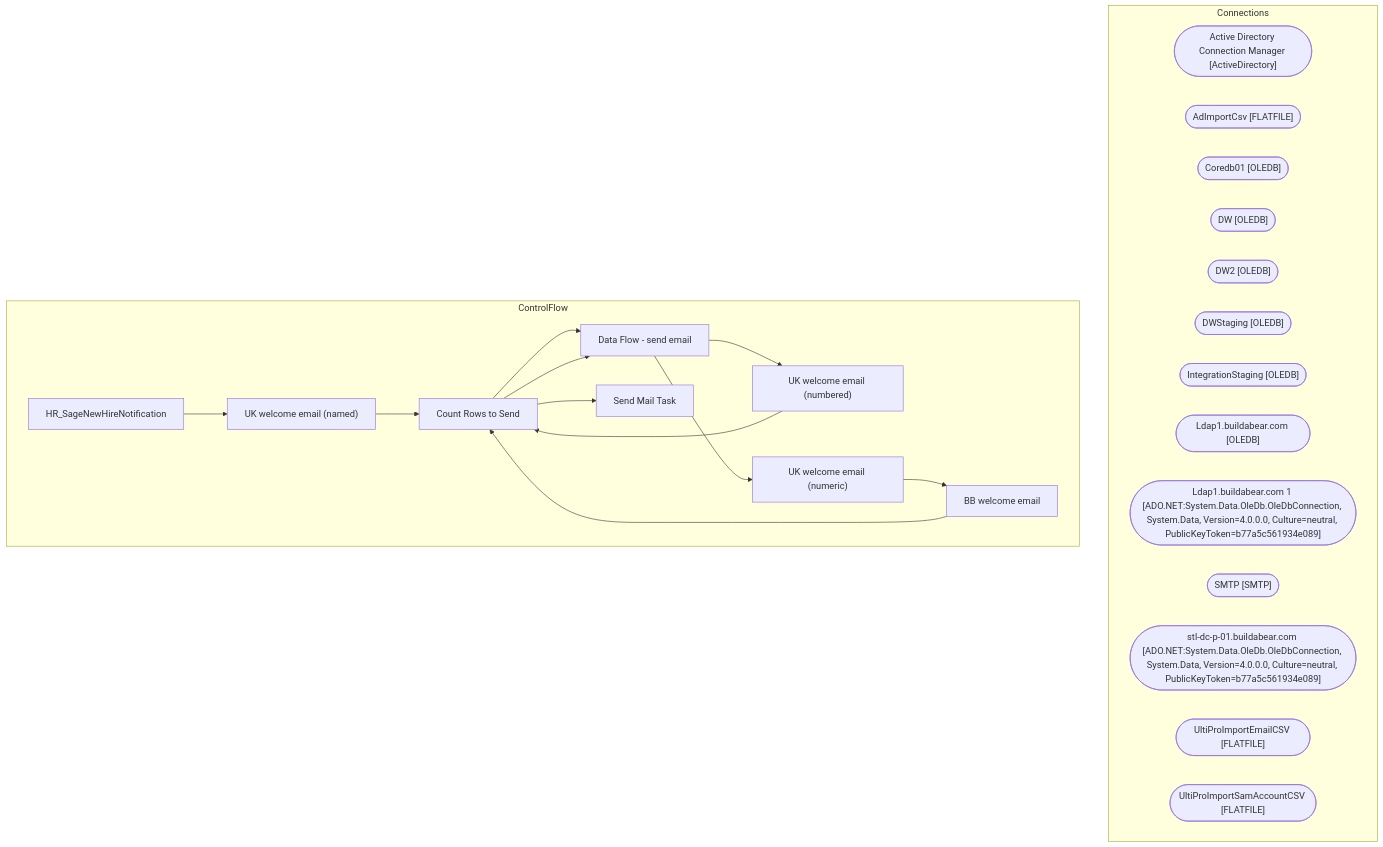
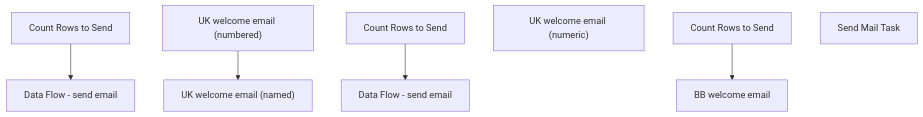
The diagram in bab-docs-explorer/Documentation/STL-SSIS-P-01/SSIS/HR/HR_SageNewHireNotification.HR_SageNewHireNotification.md (juanandresbrain/BABSkills), drawn with Mermaid before and after one commit. The commit also changed other lines of this file and 273 other files, not shown here.

````diff
--- a/bab-docs-explorer/Documentation/STL-SSIS-P-01/SSIS/HR/HR_SageNewHireNotification.HR_SageNewHireNotification.md
+++ b/bab-docs-explorer/Documentation/STL-SSIS-P-01/SSIS/HR/HR_SageNewHireNotification.HR_SageNewHireNotification.md
@@ -9,41 +58,17 @@
 ```mermaid
 flowchart TD
-    subgraph Connections
-        Active_Directory_Connection_Manager_conn(["Active Directory Connection Manager [ActiveDirectory]"])
-        AdImportCsv_conn(["AdImportCsv [FLATFILE]"])
-        Coredb01_conn(["Coredb01 [OLEDB]"])
-        DW_conn(["DW [OLEDB]"])
-        DW2_conn(["DW2 [OLEDB]"])
-        DWStaging_conn(["DWStaging [OLEDB]"])
-        IntegrationStaging_conn(["IntegrationStaging [OLEDB]"])
-        Ldap1_buildabear_com_conn(["Ldap1.buildabear.com [OLEDB]"])
-        Ldap1_buildabear_com_1_conn(["Ldap1.buildabear.com 1 [ADO.NET:System.Data.OleDb.OleDbConnection, System.Data, Version=4.0.0.0, Culture=neutral, PublicKeyToken=b77a5c561934e089]"])
-        SMTP_conn(["SMTP [SMTP]"])
-        stl_dc_p_01_buildabear_com_conn(["stl-dc-p-01.buildabear.com [ADO.NET:System.Data.OleDb.OleDbConnection, System.Data, Version=4.0.0.0, Culture=neutral, PublicKeyToken=b77a5c561934e089]"])
-        UltiProImportEmailCSV_conn(["UltiProImportEmailCSV [FLATFILE]"])
-        UltiProImportSamAccountCSV_conn(["UltiProImportSamAccountCSV [FLATFILE]"])
-    end
-    subgraph ControlFlow
-        HR_SageNewHireNotification_task["HR_SageNewHireNotification"]
-        UK_welcome_email__named__task["UK welcome email (named)"]
-        HR_SageNewHireNotification_task --> UK_welcome_email__named__task
-        Count_Rows_to_Send_task["Count Rows to Send"]
-        UK_welcome_email__named__task --> Count_Rows_to_Send_task
-        Data_Flow___send_email_task["Data Flow - send email"]
-        Count_Rows_to_Send_task --> Data_Flow___send_email_task
-        UK_welcome_email__numbered__task["UK welcome email (numbered)"]
-        Data_Flow___send_email_task --> UK_welcome_email__numbered__task
-        Count_Rows_to_Send_task["Count Rows to Send"]
-        UK_welcome_email__numbered__task --> Count_Rows_to_Send_task
-        Data_Flow___send_email_task["Data Flow - send email"]
-        Count_Rows_to_Send_task --> Data_Flow___send_email_task
-        UK_welcome_email__numeric__task["UK welcome email (numeric)"]
-        Data_Flow___send_email_task --> UK_welcome_email__numeric__task
-        BB_welcome_email_task["BB welcome email"]
-        UK_welcome_email__numeric__task --> BB_welcome_email_task
-        Count_Rows_to_Send_task["Count Rows to Send"]
-        BB_welcome_email_task --> Count_Rows_to_Send_task
-        Send_Mail_Task_task["Send Mail Task"]
-        Count_Rows_to_Send_task --> Send_Mail_Task_task
-    end
+    n_Package_UK_welcome_email__named_["UK welcome email (named)"]
+    n_Package_UK_welcome_email__named__Count_Rows_to_Send["Count Rows to Send"]
+    n_Package_UK_welcome_email__named__Data_Flow___send_email["Data Flow - send email"]
+    n_Package_UK_welcome_email__numbered_["UK welcome email (numbered)"]
+    n_Package_UK_welcome_email__numbered__Count_Rows_to_Send["Count Rows to Send"]
+    n_Package_UK_welcome_email__numbered__Data_Flow___send_email["Data Flow - send email"]
+    n_Package_UK_welcome_email__numeric_["UK welcome email (numeric)"]
+    n_Package_UK_welcome_email__numeric__BB_welcome_email["BB welcome email"]
+    n_Package_UK_welcome_email__numeric__Count_Rows_to_Send["Count Rows to Send"]
+    n_Package_EventHandlers_OnError__Send_Mail_Task["Send Mail Task"]
+    n_Package_UK_welcome_email__named__Count_Rows_to_Send --> n_Package_UK_welcome_email__named__Data_Flow___send_email
+    n_Package_UK_welcome_email__numbered__Count_Rows_to_Send --> n_Package_UK_welcome_email__numbered__Data_Flow___send_email
+    n_Package_UK_welcome_email__numeric__Count_Rows_to_Send --> n_Package_UK_welcome_email__numeric__BB_welcome_email
+    n_Package_UK_welcome_email__numbered_ --> n_Package_UK_welcome_email__named_
 ```
````
